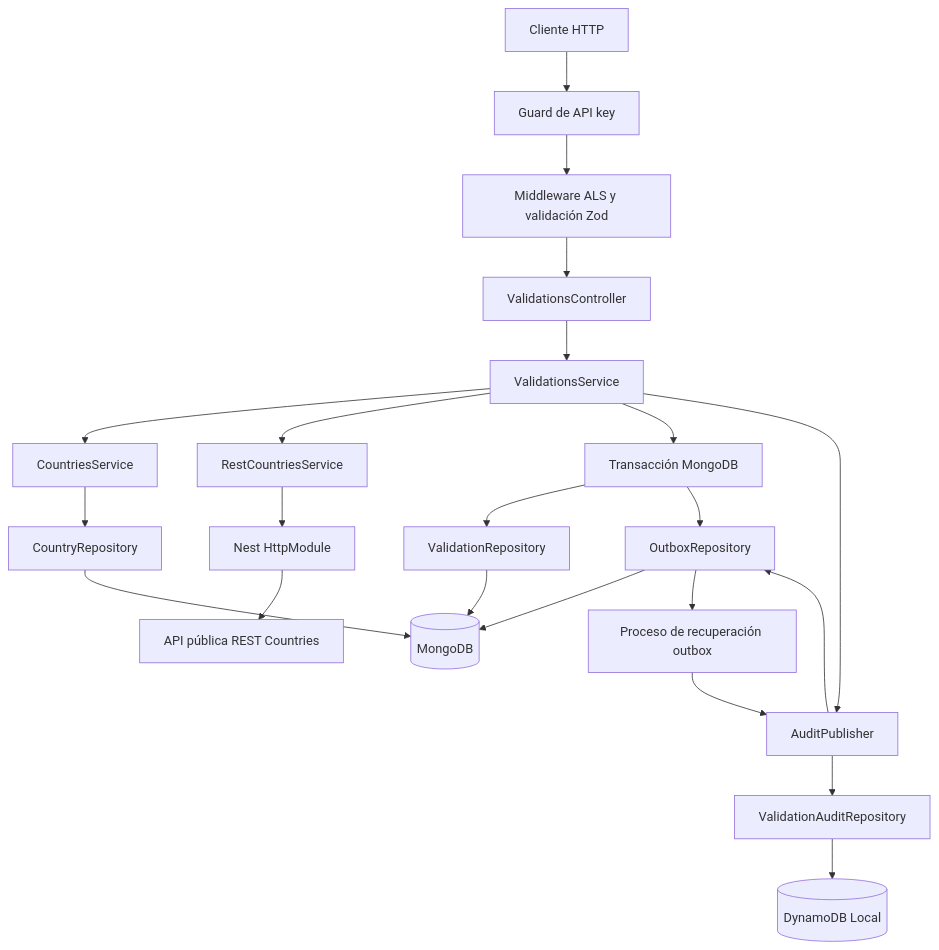
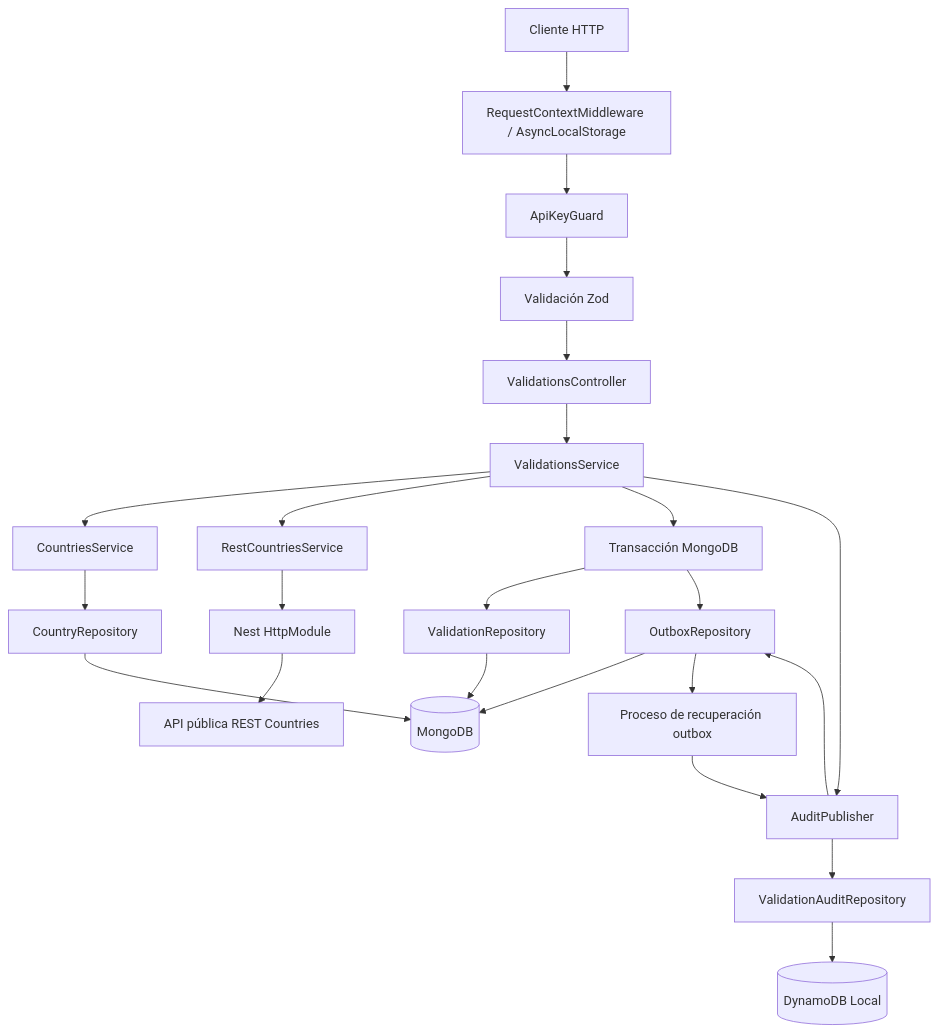
The diagram in docs/02-architecture.md (MYBV/external-validation-service-auco), drawn with Mermaid before and after one commit. The commit also changed other lines of this file and 2 other files, not shown here.

Commit message:
DOCS: adopt eventual audit delivery and optional request idempotency

````diff
--- a/docs/02-architecture.md
+++ b/docs/02-architecture.md
@@ -35,24 +35,25 @@
 ```mermaid
 flowchart TD
-    Cliente[Cliente HTTP] --> Guard[Guard de API key]
-    Guard --> Contexto[Middleware ALS y validación Zod]
-    Contexto --> Controlador[ValidationsController]
+    Cliente[Cliente HTTP] --> Contexto[RequestContextMiddleware / AsyncLocalStorage]
+    Contexto --> Guard[ApiKeyGuard]
+    Guard --> Validacion[Validación Zod]
+    Validacion --> Controlador[ValidationsController]
     Controlador --> Servicio[ValidationsService]
     Servicio --> Paises[CountriesService]
     Paises --> RepoPaises[CountryRepository]
     RepoPaises --> Mongo[(MongoDB)]
     Servicio --> Enriquecimiento[RestCountriesService]
     Enriquecimiento --> ClienteHTTP[Nest HttpModule]
     ClienteHTTP --> REST[API pública REST Countries]
     Servicio --> Transaccion[Transacción MongoDB]
     Transaccion --> RepoVal[ValidationRepository]
     Transaccion --> RepoOutbox[OutboxRepository]
     RepoVal --> Mongo
     RepoOutbox --> Mongo
     Servicio --> Publicador[AuditPublisher]
     Recuperador[Proceso de recuperación outbox] --> Publicador
     RepoOutbox --> Recuperador
     Publicador --> RepoAuditoria[ValidationAuditRepository]
     RepoAuditoria --> Dynamo[(DynamoDB Local)]
     Publicador --> RepoOutbox
 ```
````
